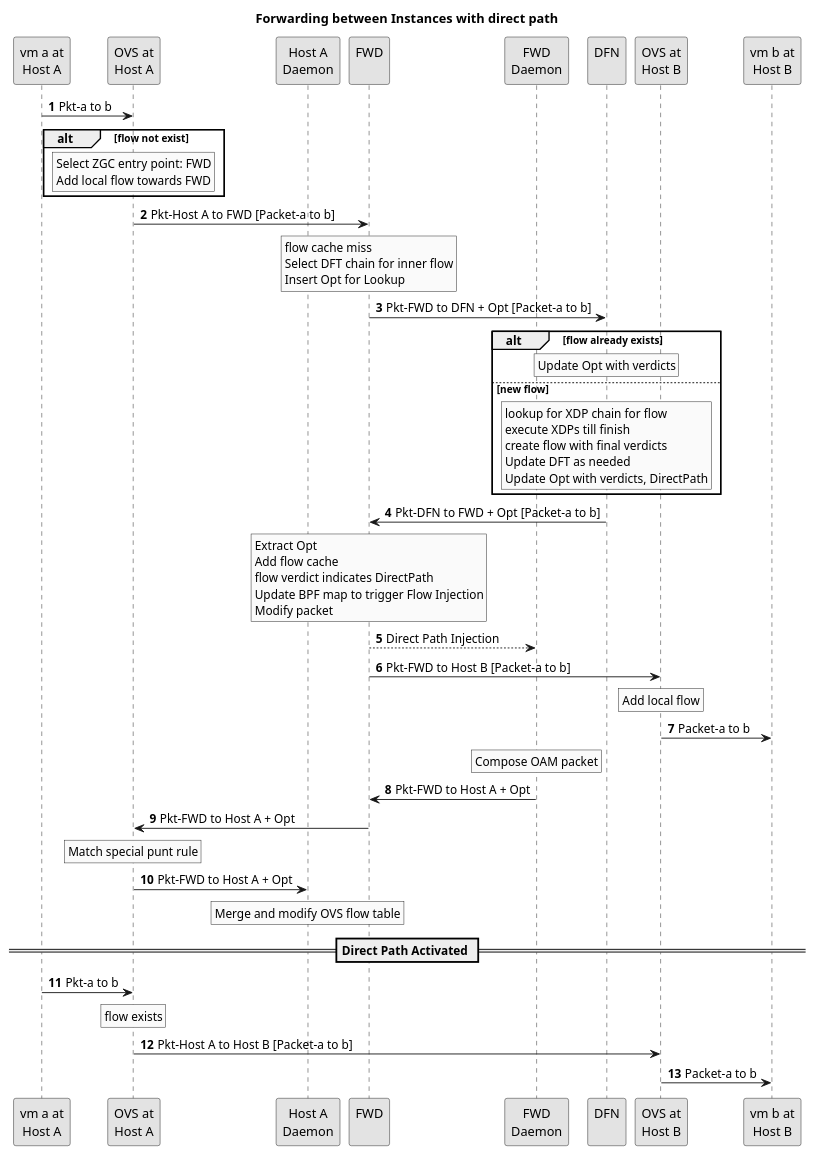
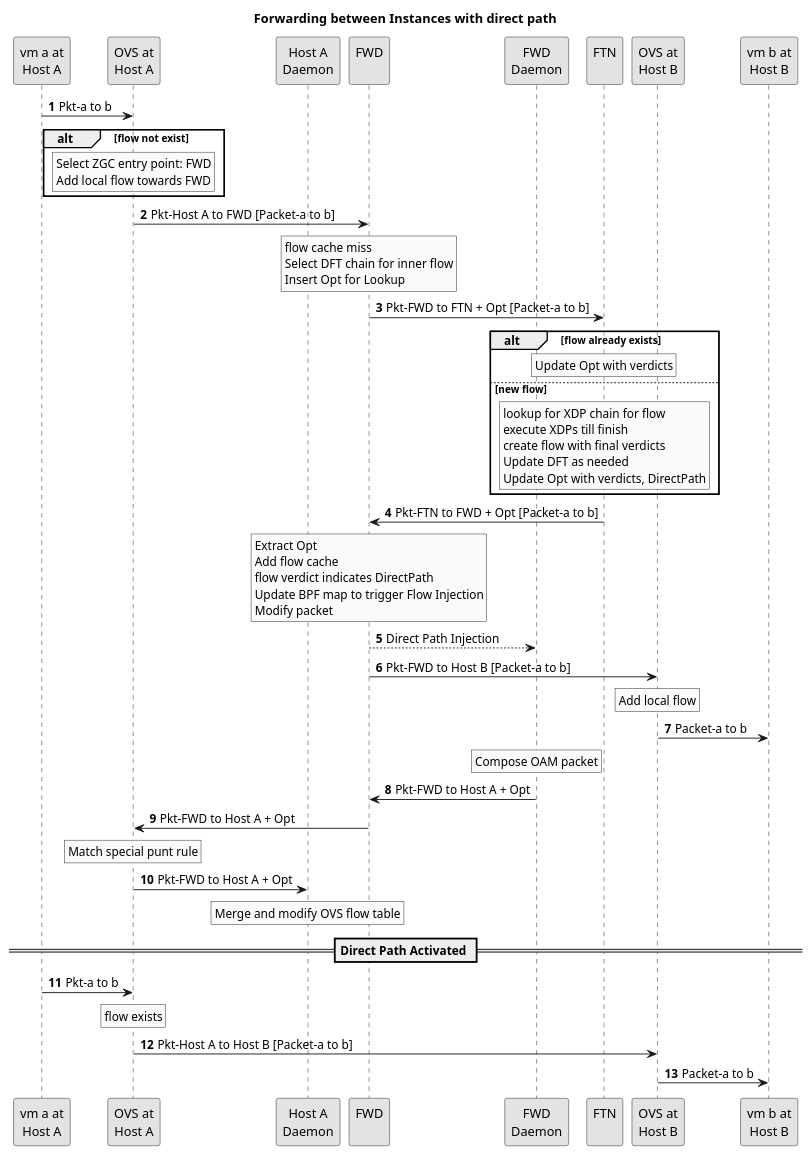
One commit to CentaurusInfra/mizar changed the diagram in docs/design/puml/zeta_packet_farwarding_normal_between_instances_directpath.puml. Above: the diagram before and after it, drawn with PlantUML. The commit also changed 13 other files, not shown here.

Commit message:
Zeta SDD: change DFN to FTN to be consistent

```diff
--- a/docs/design/puml/zeta_packet_farwarding_normal_between_instances_directpath.puml
+++ b/docs/design/puml/zeta_packet_farwarding_normal_between_instances_directpath.puml
@@ -1,99 +1,99 @@
 @startuml
 
 ' SPDX-License-Identifier: MIT
 ' Copyright (c) 2020 The Authors.
 
 ' Authors: Bin Liang
 
 ' Permission is hereby granted, free of charge, to any person obtaining a copy
 ' of this software and associated documentation files (the "Software"), to deal
 ' in the Software without restriction, including without limitation the rights
 ' to use, copy, modify, merge, publish, distribute, sublicense, and/or sell
 ' copies of the Software, and to permit persons to whom the Software is
 ' furnished to do so, subject to the following conditions:The above copyright
 ' notice and this permission notice shall be included in all copies or
 ' substantial portions of the Software.THE SOFTWARE IS PROVIDED "AS IS",
 ' WITHOUT WARRANTY OF ANY KIND, EXPRESS OR IMPLIED, INCLUDING BUT NOT LIMITED
 ' TO THE WARRANTIES OF MERCHANTABILITY, FITNESS FOR A PARTICULAR PURPOSE AND
 ' NONINFRINGEMENT. IN NO EVENT SHALL THE AUTHORS OR COPYRIGHT HOLDERS BE LIABLE
 ' FOR ANY CLAIM, DAMAGES OR OTHER LIABILITY, WHETHER IN AN ACTION OF CONTRACT,
 ' TORT OR OTHERWISE, ARISING FROM, OUT OF OR IN CONNECTION WITH THE SOFTWARE OR
 ' THE USE OR OTHER DEALINGS IN THE SOFTWARE.
 
 title Forwarding between Instances with direct path
 skinparam monochrome true
 autonumber
 
 participant "vm a at\nHost A" as a
 participant "OVS at\nHost A" as oa
 participant "Host A\nDaemon" as DA
 participant "FWD\n" as FWD
 participant "FWD\nDaemon" as DM
-participant "DFN\n" as DFN
+participant "FTN\n" as FTN
 participant "OVS at\nHost B" as ob
 participant "vm b at\nHost B" as b
 
 a -> oa: Pkt-a to b
 alt flow not exist
     rnote over oa
         Select ZGC entry point: FWD
         Add local flow towards FWD
     endrnote
 end
 oa -> FWD: Pkt-Host A to FWD [Packet-a to b]
 
 rnote over FWD
     flow cache miss
     Select DFT chain for inner flow
     Insert Opt for Lookup
 endrnote
-FWD -> DFN: Pkt-FWD to DFN + Opt [Packet-a to b]
+FWD -> FTN: Pkt-FWD to FTN + Opt [Packet-a to b]
 alt flow already exists
-    rnote over DFN
+    rnote over FTN
         Update Opt with verdicts
     endrnote
 else new flow
-    rnote over DFN
+    rnote over FTN
         lookup for XDP chain for flow
         execute XDPs till finish
         create flow with final verdicts
         Update DFT as needed
         Update Opt with verdicts, DirectPath
     endrnote
 end
-DFN -> FWD: Pkt-DFN to FWD + Opt [Packet-a to b]
+FTN -> FWD: Pkt-FTN to FWD + Opt [Packet-a to b]
 rnote over FWD
     Extract Opt
     Add flow cache
     flow verdict indicates DirectPath
     Update BPF map to trigger Flow Injection
     Modify packet
 endrnote
 FWD --> DM: Direct Path Injection
 FWD -> ob: Pkt-FWD to Host B [Packet-a to b]
 rnote over ob
     Add local flow
 endrnote
 ob -> b: Packet-a to b
 
 rnote over DM
     Compose OAM packet
 endrnote
 DM -> FWD: Pkt-FWD to Host A + Opt
 FWD -> oa: Pkt-FWD to Host A + Opt
 rnote over oa
     Match special punt rule
 endrnote
 oa -> DA: Pkt-FWD to Host A + Opt
 rnote over DA
     Merge and modify OVS flow table
 endrnote
 == Direct Path Activated ==
 a -> oa: Pkt-a to b
 rnote over oa
     flow exists
 endrnote
 oa -> ob: Pkt-Host A to Host B [Packet-a to b]
 ob -> b: Packet-a to b
 
 @enduml
```
